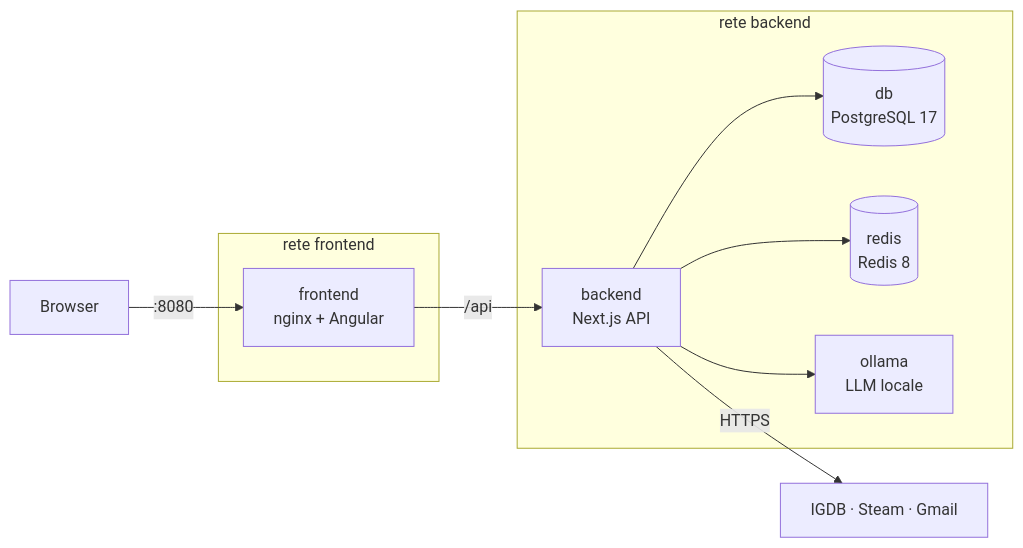
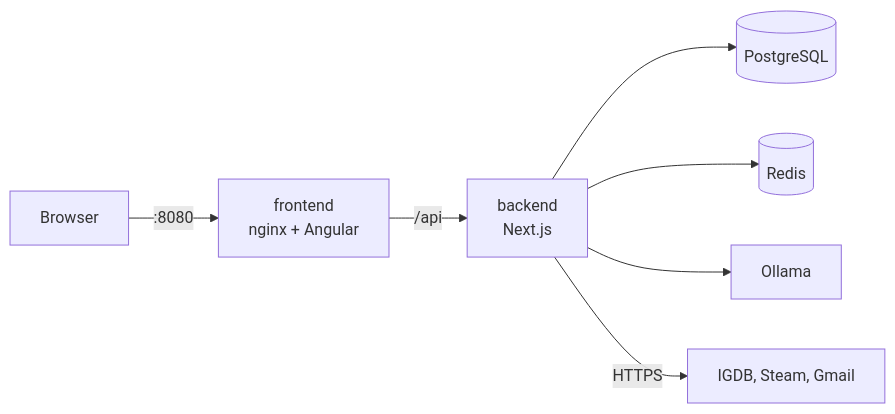
The diagram in Documentazione/Infrastruttura.md (Th3LastCodeBender/TerranovaChallenge-A.L.E.), drawn with Mermaid before and after one commit. The commit also changed other lines of this file and 7 other files, not shown here.

Commit message:
FEATURE: DONE | Finita la documentazione | frontend.Dockerfile, Backend.md, CanIRun.md...

````diff
--- a/Documentazione/Infrastruttura.md
+++ b/Documentazione/Infrastruttura.md
@@ -48,21 +7,9 @@
 ```mermaid
 flowchart LR
-    B[Browser] -->|:8080| N
-
-    subgraph frontend [rete frontend]
-        N[frontend<br/>nginx + Angular]
-    end
-
-    subgraph backend [rete backend]
-        API[backend<br/>Next.js API]
-        DB[(db<br/>PostgreSQL 17)]
-        R[(redis<br/>Redis 8)]
-        O[ollama<br/>LLM locale]
-    end
-
-    N -->|/api| API
-    API --> DB
-    API --> R
-    API --> O
-    API -->|HTTPS| EXT[IGDB · Steam · Gmail]
+    B[Browser] -->|:8080| N[frontend<br/>nginx + Angular]
+    N -->|/api| API[backend<br/>Next.js]
+    API --> DB[(PostgreSQL)]
+    API --> R[(Redis)]
+    API --> O[Ollama]
+    API -->|HTTPS| EXT[IGDB, Steam, Gmail]
 ```
````
